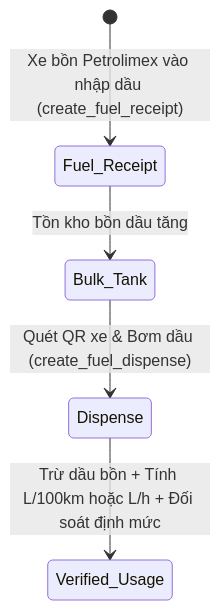
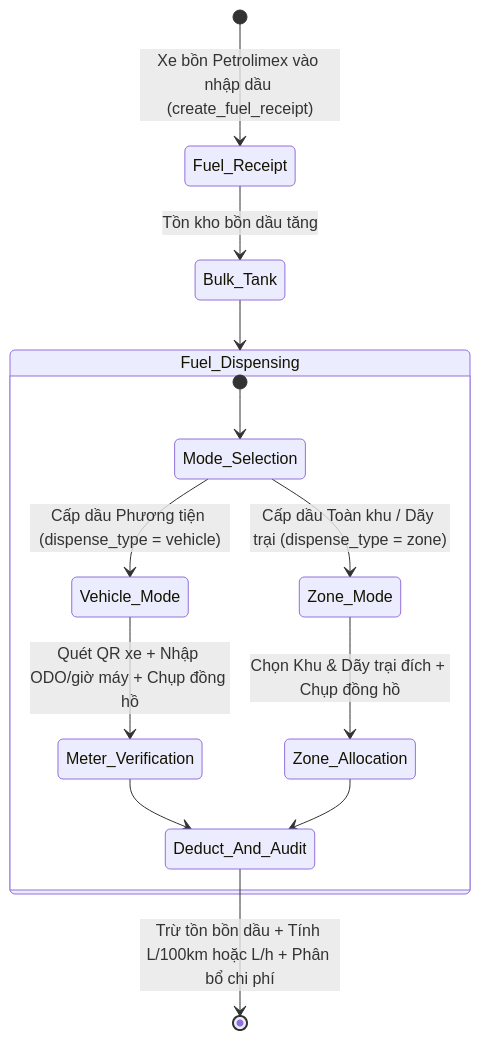
The seventh of 9 diagrams in docs/architecture/state-machines.md (theiheu/minh-tan-phat-supply), drawn with Mermaid before and after one commit. The commit also changed other lines of this file and 38 other files, not shown here.

Commit message:
feat(fuel,powersync,docs): add whole-zone fuel dispensing, powersync offline sync, and sync comprehensive documentation

````diff
--- a/docs/architecture/state-machines.md
+++ b/docs/architecture/state-machines.md
@@ -121,7 +128,18 @@
 ```mermaid
 stateDiagram-v2
     [*] --> Fuel_Receipt: Xe bồn Petrolimex vào nhập dầu (create_fuel_receipt)
     Fuel_Receipt --> Bulk_Tank: Tồn kho bồn dầu tăng
-    Bulk_Tank --> Dispense: Quét QR xe & Bơm dầu (create_fuel_dispense)
-    Dispense --> Verified_Usage: Trừ dầu bồn + Tính L/100km hoặc L/h + Đối soát định mức
+
+    state Fuel_Dispensing {
+        [*] --> Mode_Selection
+        Mode_Selection --> Vehicle_Mode: Cấp dầu Phương tiện (dispense_type = vehicle)
+        Mode_Selection --> Zone_Mode: Cấp dầu Toàn khu / Dãy trại (dispense_type = zone)
+        Vehicle_Mode --> Meter_Verification: Quét QR xe + Nhập ODO/giờ máy + Chụp đồng hồ
+        Zone_Mode --> Zone_Allocation: Chọn Khu & Dãy trại đích + Chụp đồng hồ
+        Meter_Verification --> Deduct_And_Audit
+        Zone_Allocation --> Deduct_And_Audit
+    }
+
+    Bulk_Tank --> Fuel_Dispensing
+    Deduct_And_Audit --> [*]: Trừ tồn bồn dầu + Tính L/100km hoặc L/h + Phân bổ chi phí
 ```
````
